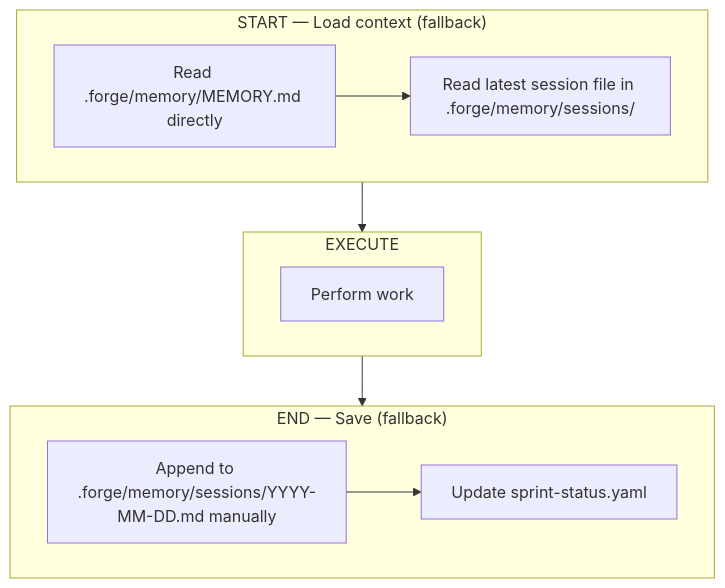
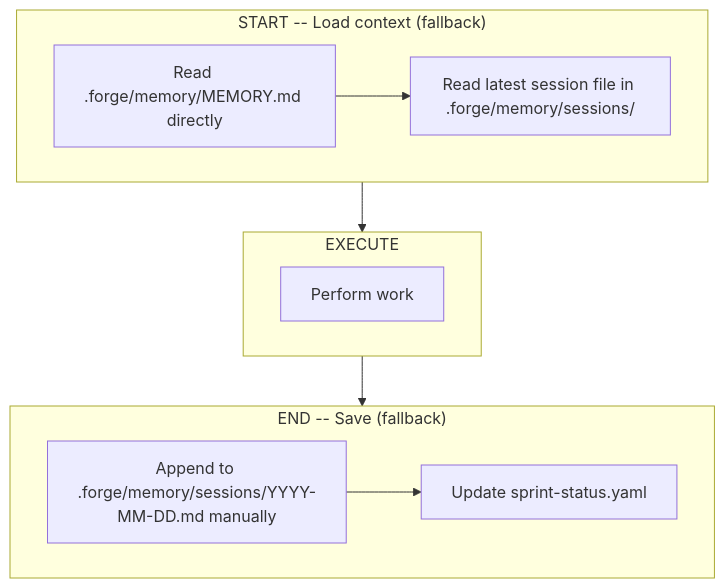
One commit to fwehrling/forge changed the second of 2 diagrams in skills/forge/references/memory.md. Above: the diagram before and after it, drawn with Mermaid. The commit also changed other lines of this file and 70 other files, not shown here.

````diff
--- a/skills/forge/references/memory.md
+++ b/skills/forge/references/memory.md
@@ -70,21 +70,21 @@
 ```mermaid
 flowchart TD
-    subgraph START ["START — Load context (fallback)"]
+    subgraph START ["START -- Load context (fallback)"]
         S1["Read .forge/memory/MEMORY.md directly"]
         S2["Read latest session file in .forge/memory/sessions/"]
         S1 --> S2
     end
 
     subgraph EXECUTE ["EXECUTE"]
         E1["Perform work"]
         E1
     end
 
-    subgraph END ["END — Save (fallback)"]
+    subgraph END ["END -- Save (fallback)"]
         N1["Append to .forge/memory/sessions/YYYY-MM-DD.md manually"]
         N2["Update sprint-status.yaml"]
         N1 --> N2
     end
 
     START --> EXECUTE --> END
 ```
````
